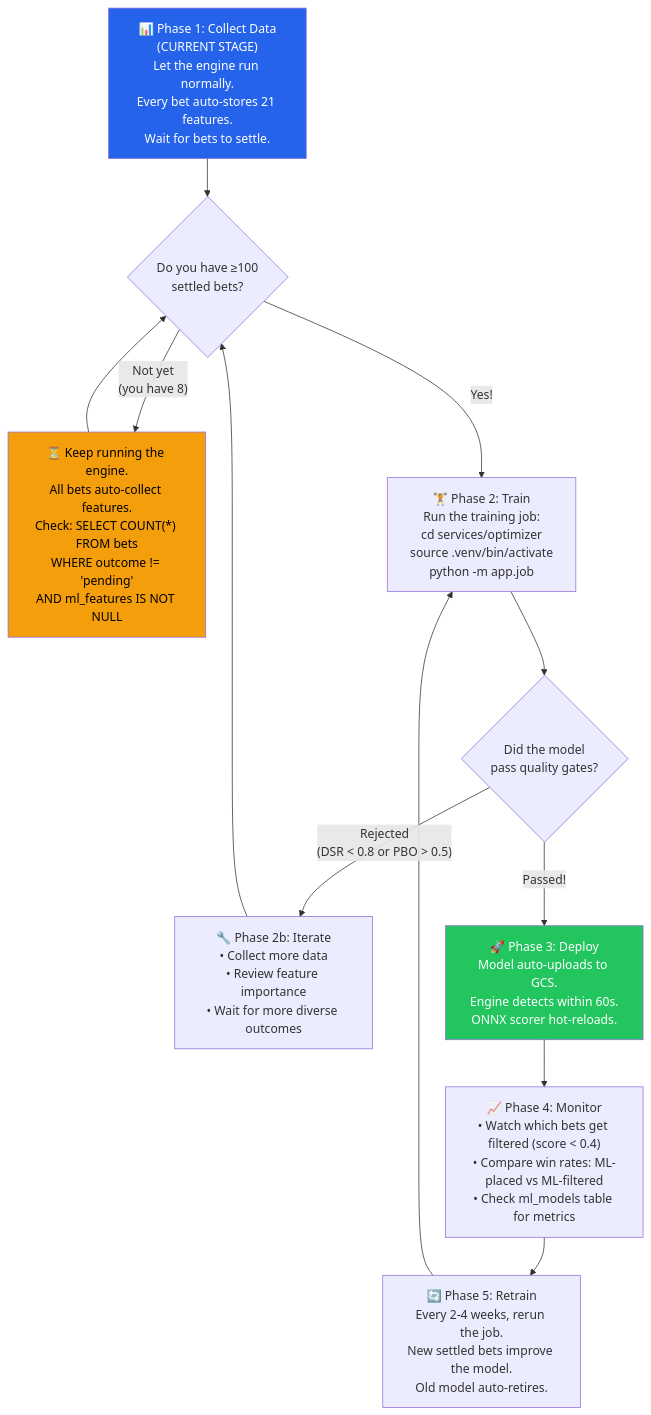
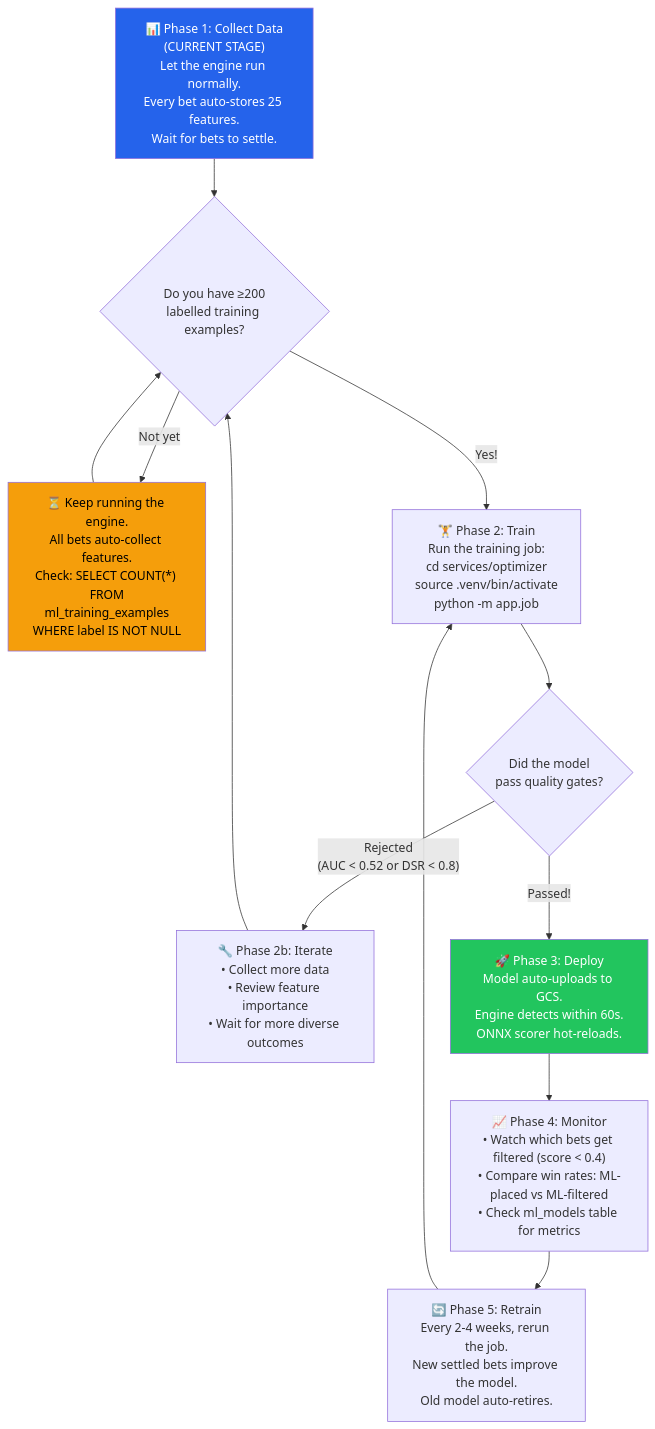
One commit to nahidhasan830/nahidArbX changed the seventh of 8 diagrams in MLOptimisation.md. Above: the diagram before and after it, drawn with Mermaid. The commit also changed other lines of this file and 284 other files, not shown here.

````diff
--- a/MLOptimisation.md
+++ b/MLOptimisation.md
@@ -350,25 +370,25 @@
 ```mermaid
 graph TD
-    A["📊 Phase 1: Collect Data<br/>(CURRENT STAGE)<br/>Let the engine run normally.<br/>Every bet auto-stores 21 features.<br/>Wait for bets to settle."] --> B
+    A["📊 Phase 1: Collect Data<br/>(CURRENT STAGE)<br/>Let the engine run normally.<br/>Every bet auto-stores 25 features.<br/>Wait for bets to settle."] --> B
 
-    B{"Do you have ≥100<br/>settled bets?"}
-    B -->|"Not yet<br/>(you have 8)"| WAIT["⏳ Keep running the engine.<br/>All bets auto-collect features.<br/>Check: SELECT COUNT(*) FROM bets<br/>WHERE outcome != 'pending'<br/>AND ml_features IS NOT NULL"]
+    B{"Do you have ≥200<br/>labelled training examples?"}
+    B -->|"Not yet"| WAIT["⏳ Keep running the engine.<br/>All bets auto-collect features.<br/>Check: SELECT COUNT(*) FROM<br/>ml_training_examples<br/>WHERE label IS NOT NULL"]
     WAIT --> B
 
     B -->|"Yes!"| C["🏋️ Phase 2: Train<br/>Run the training job:<br/>cd services/optimizer<br/>source .venv/bin/activate<br/>python -m app.job"]
 
     C --> D{"Did the model<br/>pass quality gates?"}
-    D -->|"Rejected<br/>(DSR < 0.8 or PBO > 0.5)"| E["🔧 Phase 2b: Iterate<br/>• Collect more data<br/>• Review feature importance<br/>• Wait for more diverse outcomes"]
+    D -->|"Rejected<br/>(AUC < 0.52 or DSR < 0.8)"| E["🔧 Phase 2b: Iterate<br/>• Collect more data<br/>• Review feature importance<br/>• Wait for more diverse outcomes"]
     E --> B
 
     D -->|"Passed!"| F["🚀 Phase 3: Deploy<br/>Model auto-uploads to GCS.<br/>Engine detects within 60s.<br/>ONNX scorer hot-reloads."]
 
     F --> G["📈 Phase 4: Monitor<br/>• Watch which bets get filtered (score < 0.4)<br/>• Compare win rates: ML-placed vs ML-filtered<br/>• Check ml_models table for metrics"]
 
     G --> H["🔄 Phase 5: Retrain<br/>Every 2-4 weeks, rerun the job.<br/>New settled bets improve the model.<br/>Old model auto-retires."]
     H --> C
 
     style A fill:#2563eb,color:white
     style WAIT fill:#f59e0b,color:black
     style F fill:#22c55e,color:white
 ```
````
